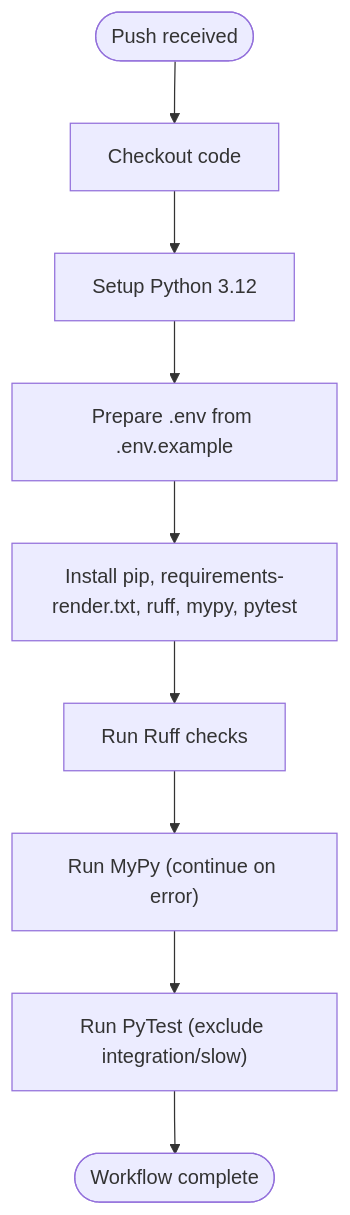
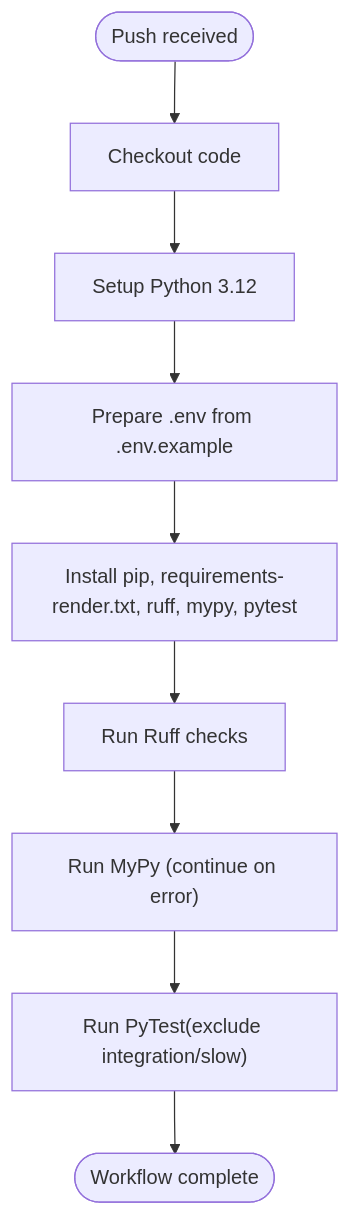
The third of 9 diagrams in docs/docs/knowledge/Deployment & Operations/CI_CD Pipeline.md (rohitkumarnaidu/ScholarFormAI), drawn with Mermaid before and after one commit. The commit also changed other lines of this file and 73 other files, not shown here.

First line of the commit message:
docs: enterprise-level markdown upgrade with Mermaid diagrams

````diff
--- a/docs/docs/knowledge/Deployment & Operations/CI_CD Pipeline.md
+++ b/docs/docs/knowledge/Deployment & Operations/CI_CD Pipeline.md
@@ -225,11 +225,11 @@
 ```mermaid
 flowchart TD
 Start(["Push received"]) --> Checkout["Checkout code"]
 Checkout --> SetupPy["Setup Python 3.12"]
 SetupPy --> PrepEnv["Prepare .env from .env.example"]
 PrepEnv --> InstallDeps["Install pip, requirements-render.txt, ruff, mypy, pytest"]
 InstallDeps --> Ruff["Run Ruff checks"]
 Ruff --> Mypy["Run MyPy (continue on error)"]
-Mypy --> Pytest["Run PyTest (exclude integration/slow)"]
+Mypy --> Pytest["Run PyTest(exclude integration/slow)"]
 Pytest --> End(["Workflow complete"])
 ```
````
